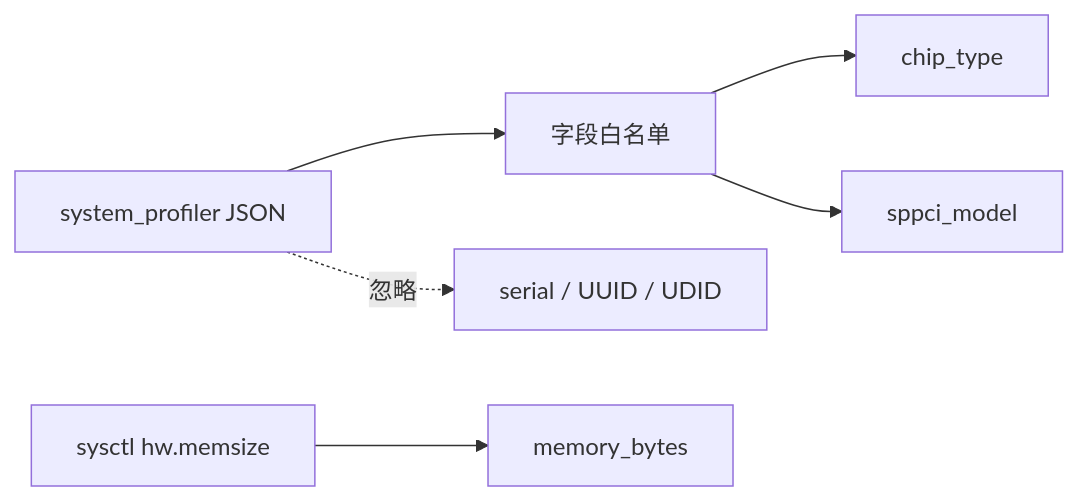
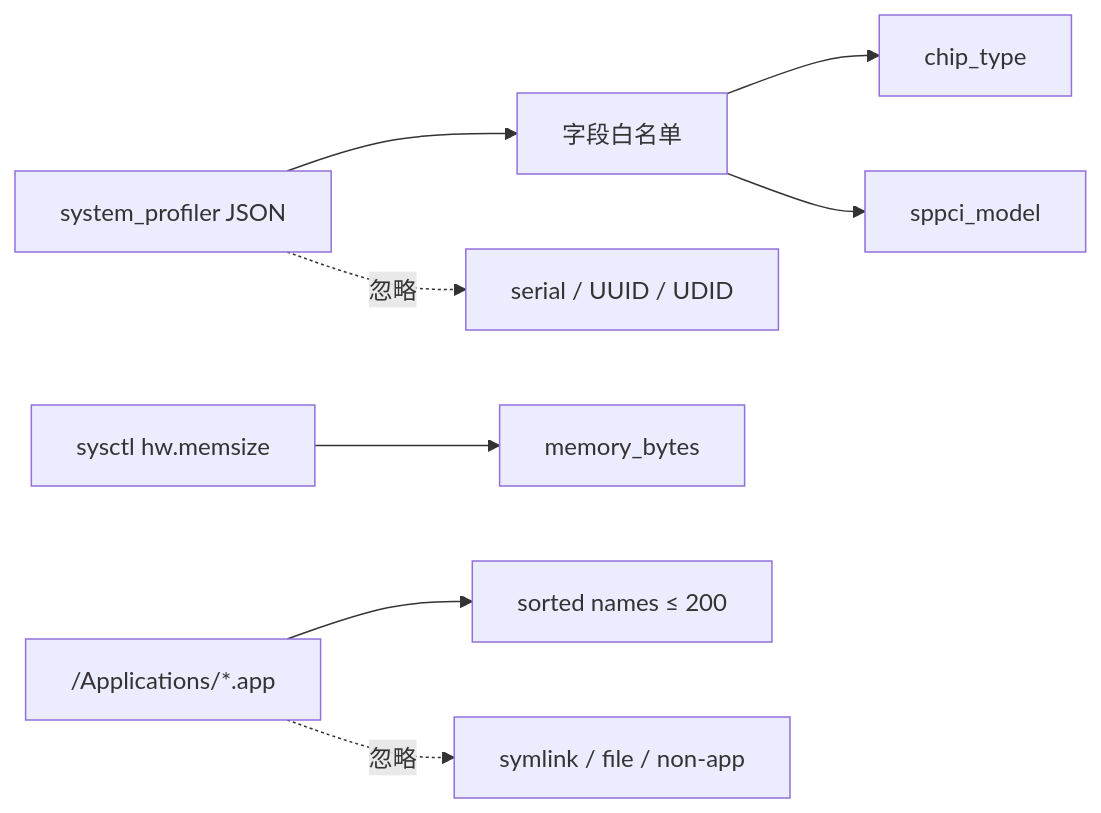
Before and after one commit to NEDONION/lobster0: the seventh of 9 diagrams in docs/engineering/phase-2/tool-runtime-and-system-info.md, drawn with Mermaid. The commit also changed other lines of this file and 26 other files, not shown here.

````diff
--- a/docs/engineering/phase-2/tool-runtime-and-system-info.md
+++ b/docs/engineering/phase-2/tool-runtime-and-system-info.md
@@ -472,8 +485,10 @@
 ```mermaid
 flowchart LR
     PROFILER["system_profiler JSON"] --> FILTER["字段白名单"]
     FILTER --> CHIP["chip_type"]
     FILTER --> GPU["sppci_model"]
     PROFILER -.->|"忽略"| SERIAL["serial / UUID / UDID"]
     SYSCTL["sysctl hw.memsize"] --> MEMORY["memory_bytes"]
+    APPS["/Applications/*.app"] --> NAMES["sorted names ≤ 200"]
+    APPS -.->|"忽略"| LINKS["symlink / file / non-app"]
 ```
````
